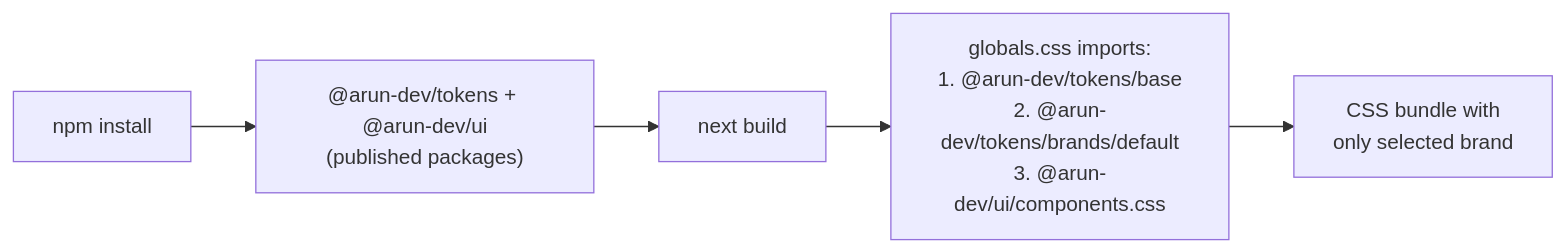
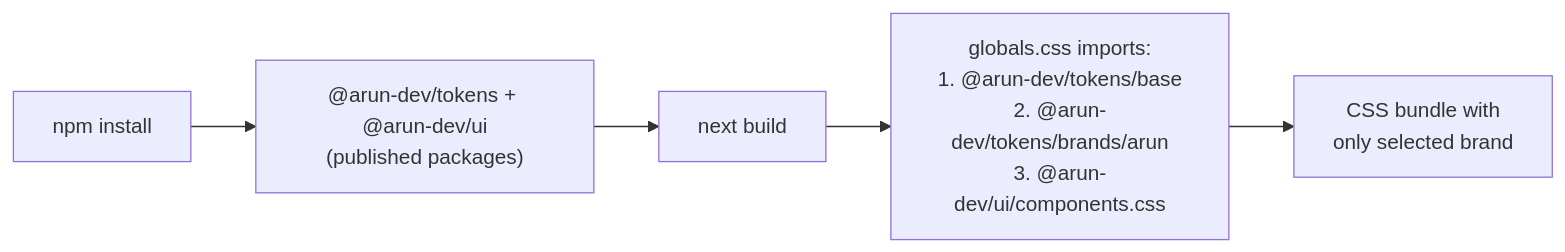
One commit to arun9483/arun-dev-platform changed the sixth of 6 diagrams in docs/design-system.md. Above: the diagram before and after it, drawn with Mermaid. The commit also changed other lines of this file and 41 other files, not shown here.

First line of the commit message:
feat(ui): adopt the design system at tokens 1.0, with the arun brand (#18)

````diff
--- a/docs/design-system.md
+++ b/docs/design-system.md
@@ -296,7 +318,7 @@
 ```mermaid
 flowchart LR
     A["npm install"] --> B["@arun-dev/tokens + @arun-dev/ui<br/>(published packages)"]
     B --> C["next build"]
-    C --> D["globals.css imports:<br/>1. @arun-dev/tokens/base<br/>2. @arun-dev/tokens/brands/default<br/>3. @arun-dev/ui/components.css"]
+    C --> D["globals.css imports:<br/>1. @arun-dev/tokens/base<br/>2. @arun-dev/tokens/brands/arun<br/>3. @arun-dev/ui/components.css"]
     D --> E["CSS bundle with<br/>only selected brand"]
 ```
````
